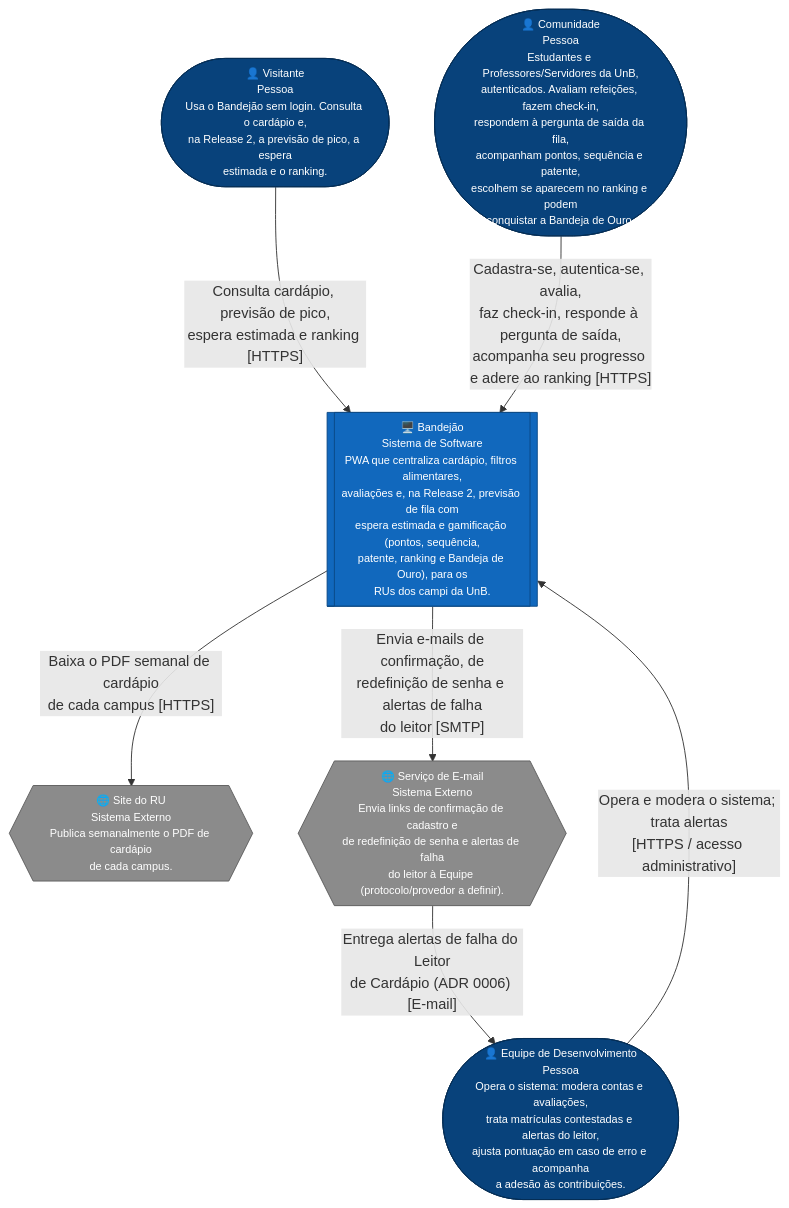
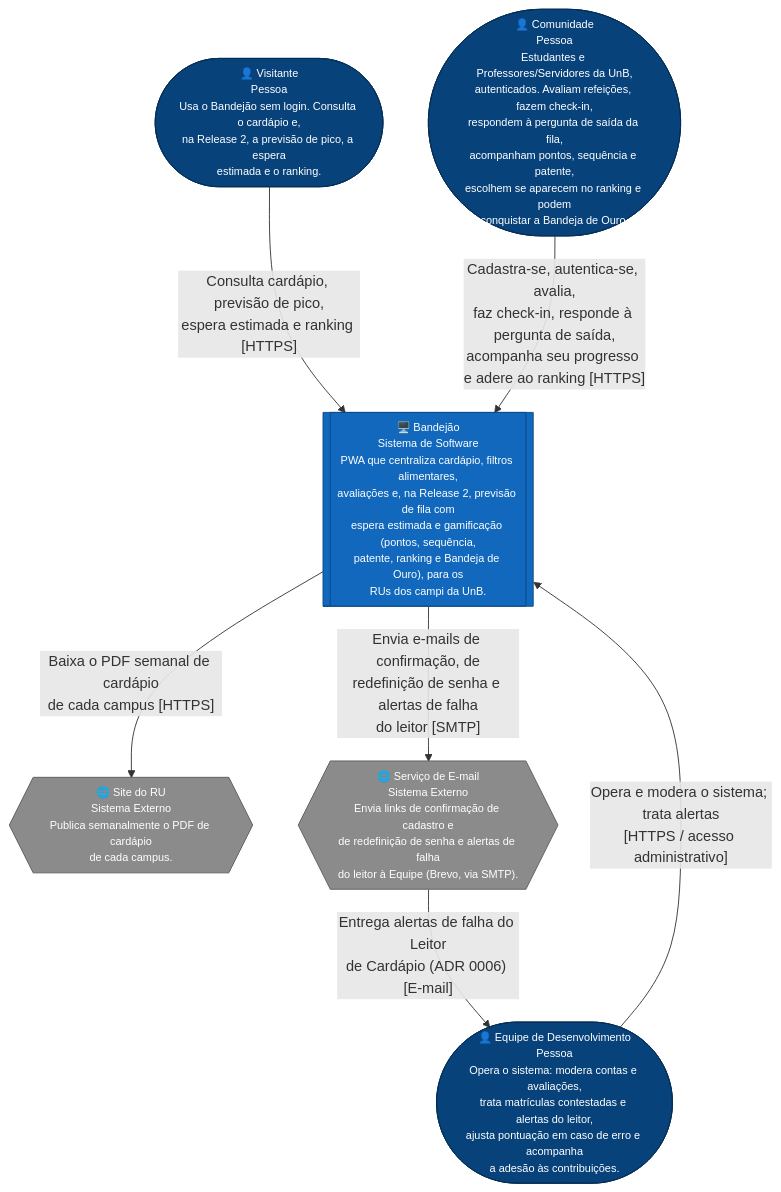
One commit to unb-mds/2026-2-Bandejao-UnB changed the first of 2 diagrams in docs/arquitetura/c4-niveis-1-2.md. Above: the diagram before and after it, drawn with Mermaid. The commit also changed other lines of this file and 8 other files, not shown here.

````diff
--- a/docs/arquitetura/c4-niveis-1-2.md
+++ b/docs/arquitetura/c4-niveis-1-2.md
@@ -47,63 +47,63 @@
 ```mermaid
 flowchart TB
   visitante(["👤 Visitante
 Pessoa
 Usa o Bandejão sem login. Consulta o cardápio e,
 na Release 2, a previsão de pico, a espera
 estimada e o ranking."])
   comunidade(["👤 Comunidade
 Pessoa
 Estudantes e Professores/Servidores da UnB,
 autenticados. Avaliam refeições, fazem check-in,
 respondem à pergunta de saída da fila,
 acompanham pontos, sequência e patente,
 escolhem se aparecem no ranking e podem
 conquistar a Bandeja de Ouro."])
   equipe(["👤 Equipe de Desenvolvimento
 Pessoa
 Opera o sistema: modera contas e avaliações,
 trata matrículas contestadas e alertas do leitor,
 ajusta pontuação em caso de erro e acompanha
 a adesão às contribuições."])
 
   bandejao[["🖥️ Bandejão
 Sistema de Software
 PWA que centraliza cardápio, filtros alimentares,
 avaliações e, na Release 2, previsão de fila com
 espera estimada e gamificação (pontos, sequência,
 patente, ranking e Bandeja de Ouro), para os
 RUs dos campi da UnB."]]
 
   site_ru{{"🌐 Site do RU
 Sistema Externo
 Publica semanalmente o PDF de cardápio
 de cada campus."}}
   email_svc{{"🌐 Serviço de E-mail
 Sistema Externo
 Envia links de confirmação de cadastro e
 de redefinição de senha e alertas de falha
-do leitor à Equipe (protocolo/provedor a definir)."}}
+do leitor à Equipe (Brevo, via SMTP)."}}
 
   visitante -->|"Consulta cardápio, previsão de pico,
 espera estimada e ranking [HTTPS]"| bandejao
   comunidade -->|"Cadastra-se, autentica-se, avalia,
 faz check-in, responde à pergunta de saída,
 acompanha seu progresso e adere ao ranking [HTTPS]"| bandejao
   equipe -->|"Opera e modera o sistema; trata alertas
 [HTTPS / acesso administrativo]"| bandejao
   bandejao -->|"Baixa o PDF semanal de cardápio
 de cada campus [HTTPS]"| site_ru
   bandejao -->|"Envia e-mails de confirmação, de
 redefinição de senha e alertas de falha
 do leitor [SMTP]"| email_svc
   email_svc -->|"Entrega alertas de falha do Leitor
 de Cardápio (ADR 0006) [E-mail]"| equipe
 
   classDef person fill:#08427b,stroke:#052e56,color:#fff,font-size:12px
   classDef system fill:#1168bd,stroke:#0b4884,color:#fff,font-size:12px
   classDef external fill:#8b8b8b,stroke:#5c5c5c,color:#fff,font-size:12px
 
   class visitante,comunidade,equipe person
   class bandejao system
   class site_ru,email_svc external
 ```
````
